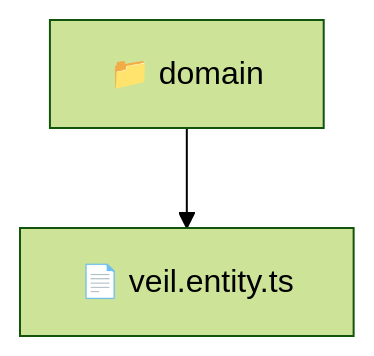
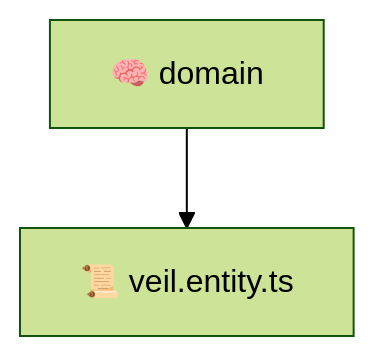
The diagram in backend/src/modules/veil/domain/README.md (beginwebdev2002/fullstack-mavluda), drawn with Mermaid (forest theme) before and after one commit. The commit also changed other lines of this file and 163 other files, not shown here.

````diff
--- a/backend/src/modules/veil/domain/README.md
+++ b/backend/src/modules/veil/domain/README.md
@@ -9,5 +9,5 @@
 ```mermaid
 graph TD
-  Root["📁 domain"]
-  Root --> veil_entity_ts["📄 veil.entity.ts"]
+  domain["🧠 domain"]
+  domain --> veil_entity_ts["📜 veil.entity.ts"]
 ```
````
